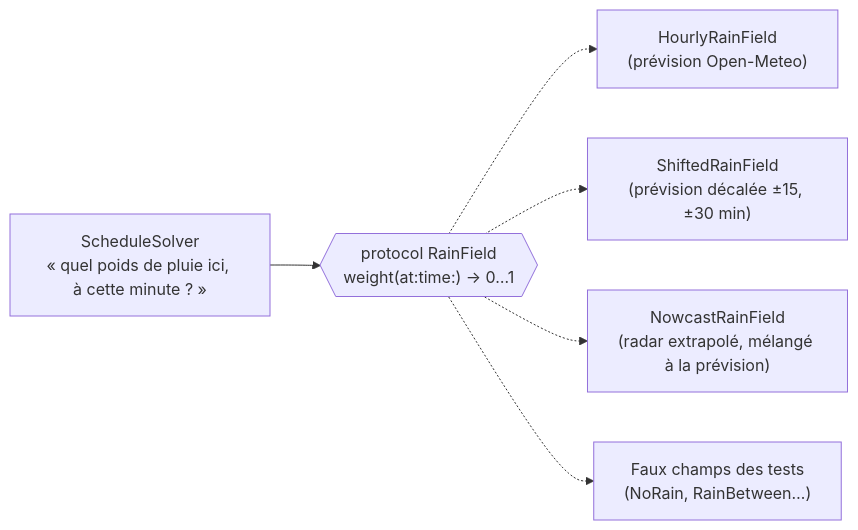
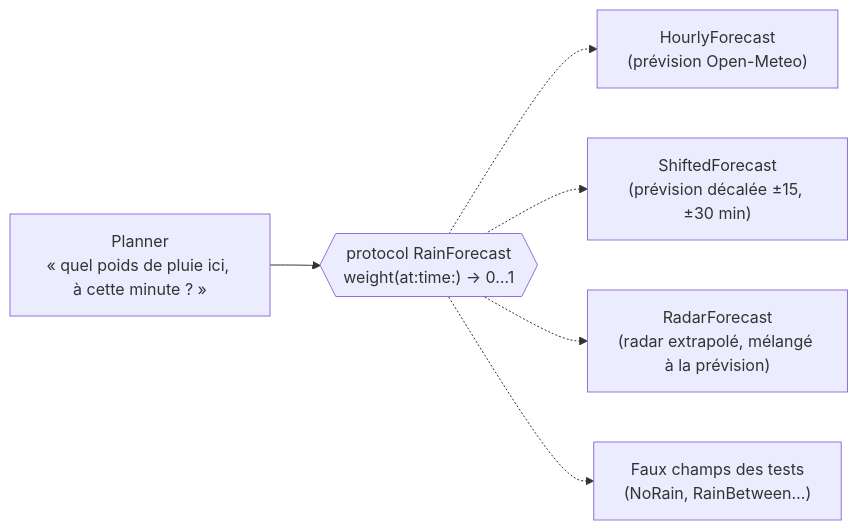
The second of 14 diagrams in docs/explication-du-code.md (clembdn/WeatherWindows), drawn with Mermaid before and after one commit. The commit also changed other lines of this file and 240 other files, not shown here.

````diff
--- a/docs/explication-du-code.md
+++ b/docs/explication-du-code.md
@@ -105,8 +185,8 @@
 ```mermaid
 flowchart LR
-    SOLVER["ScheduleSolver<br/>« quel poids de pluie ici, à cette minute ? »"] --> RF{{"protocol RainField<br/>weight(at:time:) → 0…1"}}
-    RF -.-> H["HourlyRainField<br/>(prévision Open-Meteo)"]
-    RF -.-> SH["ShiftedRainField<br/>(prévision décalée ±15, ±30 min)"]
-    RF -.-> N["NowcastRainField<br/>(radar extrapolé, mélangé à la prévision)"]
+    SOLVER["Planner<br/>« quel poids de pluie ici, à cette minute ? »"] --> RF{{"protocol RainForecast<br/>weight(at:time:) → 0…1"}}
+    RF -.-> H["HourlyForecast<br/>(prévision Open-Meteo)"]
+    RF -.-> SH["ShiftedForecast<br/>(prévision décalée ±15, ±30 min)"]
+    RF -.-> N["RadarForecast<br/>(radar extrapolé, mélangé à la prévision)"]
     RF -.-> T["Faux champs des tests<br/>(NoRain, RainBetween…)"]
 ```
````
